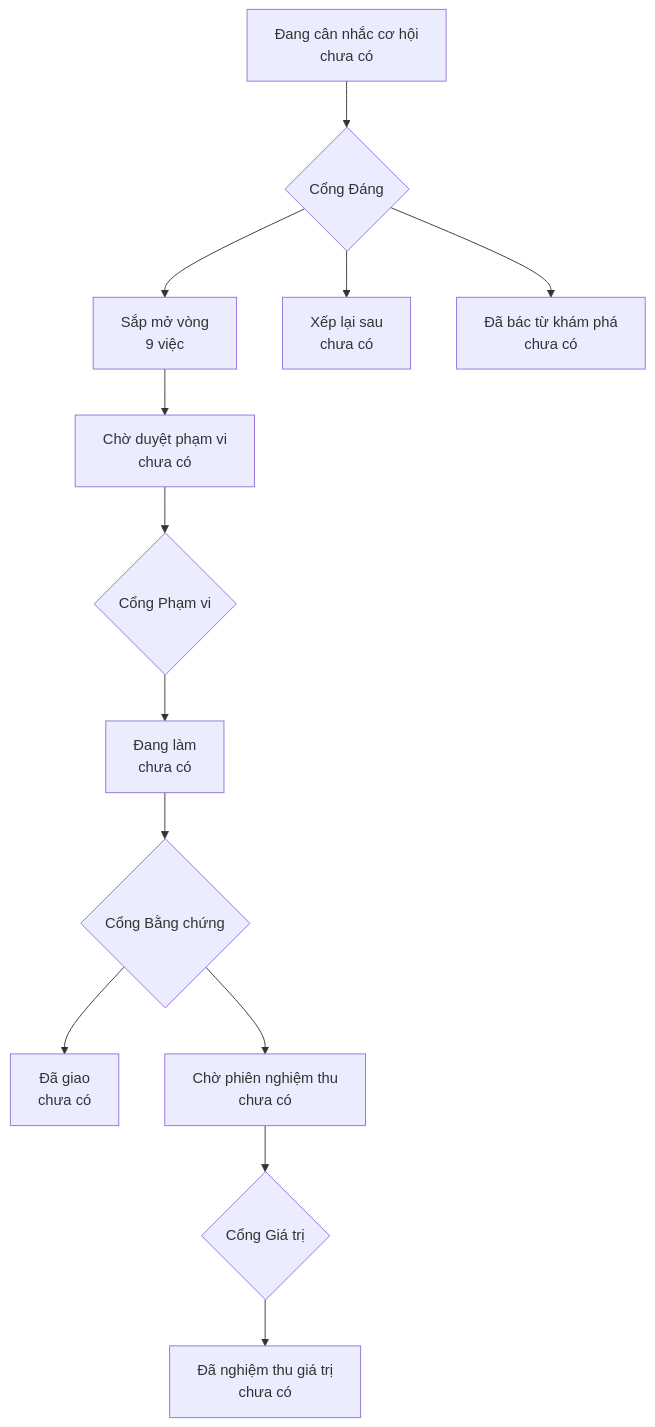
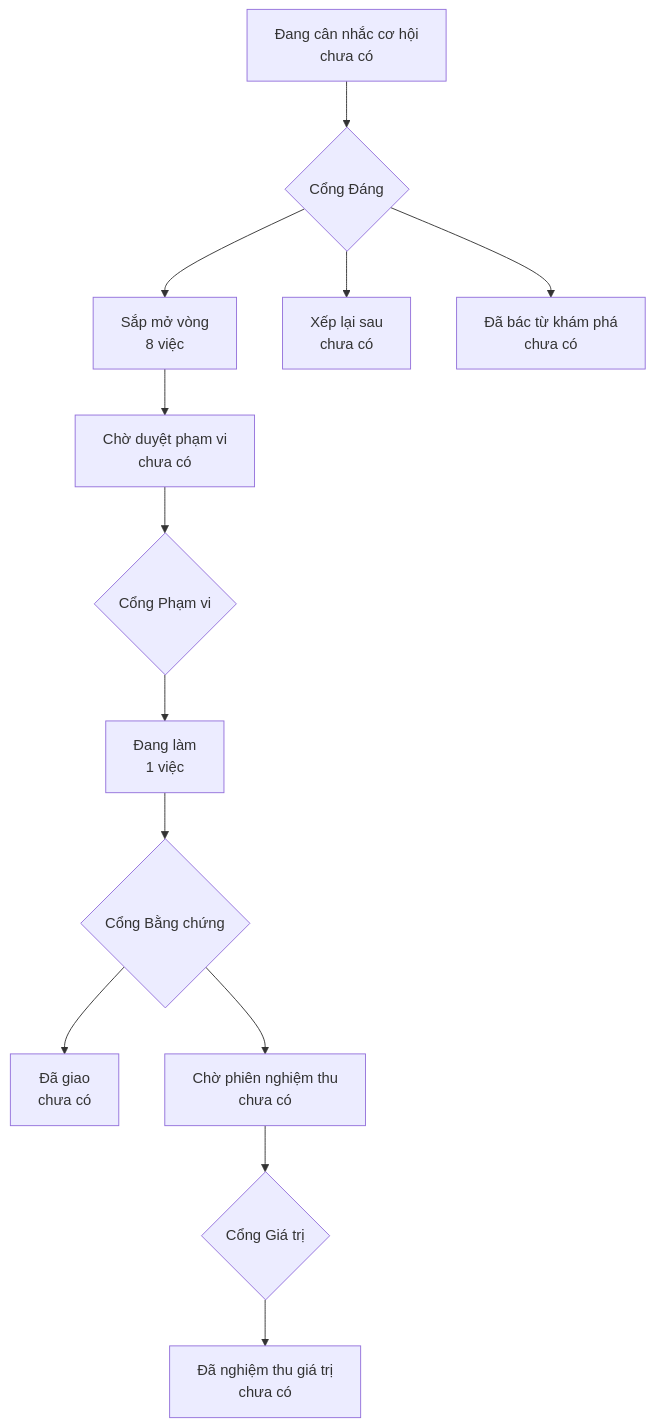
Before and after one commit to phanlemanh/onehub-quy-hang: the diagram in PRODUCT-MAP.md, drawn with Mermaid. The commit also changed other lines of this file and 1 other file, not shown here.

Commit message:
chore: vẽ lại bản đồ sản phẩm sau hồ sơ bai-thu-zalo
Máy vẽ bằng product-map.mjs --root . (luật 11), duyệt ở yêu cầu T-5.

````diff
--- a/PRODUCT-MAP.md
+++ b/PRODUCT-MAP.md
@@ -7,12 +7,12 @@
 ```mermaid
 flowchart TD
   A["Đang cân nhắc cơ hội<br/>chưa có"] --> GD{"Cổng Đáng"}
-  GD --> B["Sắp mở vòng<br/>9 việc"]
+  GD --> B["Sắp mở vòng<br/>8 việc"]
   GD --> XL["Xếp lại sau<br/>chưa có"]
   GD --> DB["Đã bác từ khám phá<br/>chưa có"]
   B --> CD["Chờ duyệt phạm vi<br/>chưa có"] --> GP{"Cổng Phạm vi"}
-  GP --> DL["Đang làm<br/>chưa có"] --> GB{"Cổng Bằng chứng"}
+  GP --> DL["Đang làm<br/>1 việc"] --> GB{"Cổng Bằng chứng"}
   GB --> DG["Đã giao<br/>chưa có"]
   GB --> CN["Chờ phiên nghiệm thu<br/>chưa có"] --> GG{"Cổng Giá trị"}
   GG --> NT["Đã nghiệm thu giá trị<br/>chưa có"]
 ```
````
